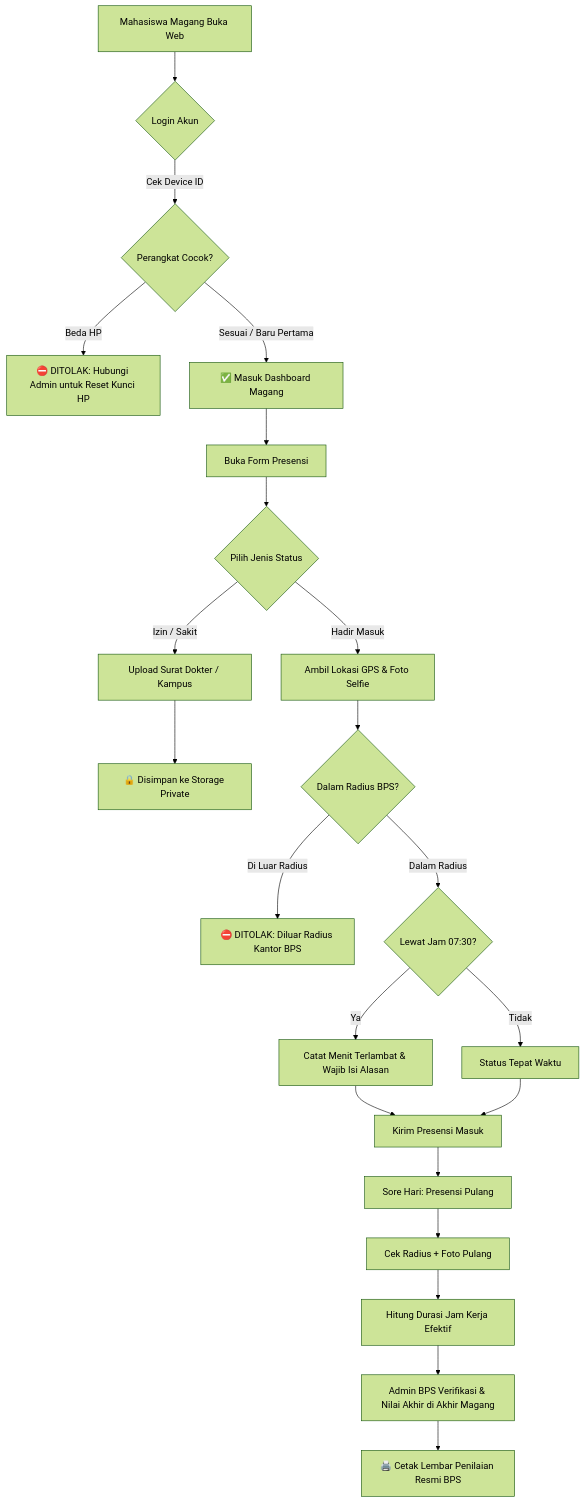
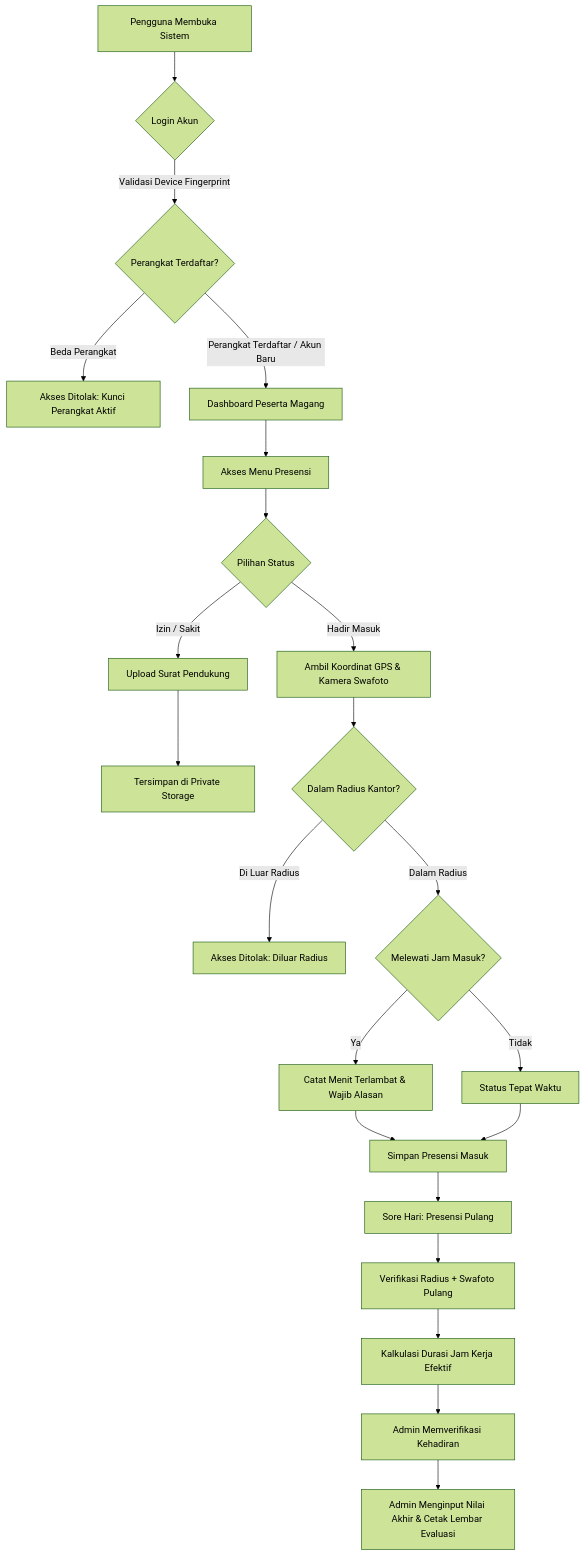
The diagram in README.md (faizarfi/presensi-magang), drawn with Mermaid (forest theme) before and after one commit. The commit also changed other lines of this file, not shown here.

````diff
--- a/README.md
+++ b/README.md
@@ -89,29 +79,29 @@
 ```mermaid
 graph TD
-    A[Mahasiswa Magang Buka Web] --> B{Login Akun}
-    B -->|Cek Device ID| C{Perangkat Cocok?}
-    C -->|Beda HP| D[⛔ DITOLAK: Hubungi Admin untuk Reset Kunci HP]
-    C -->|Sesuai / Baru Pertama| E[✅ Masuk Dashboard Magang]
+    A[Pengguna Membuka Sistem] --> B{Login Akun}
+    B -->|Validasi Device Fingerprint| C{Perangkat Terdaftar?}
+    C -->|Beda Perangkat| D[Akses Ditolak: Kunci Perangkat Aktif]
+    C -->|Perangkat Terdaftar / Akun Baru| E[Dashboard Peserta Magang]
     
-    E --> F[Buka Form Presensi]
-    F --> G{Pilih Jenis Status}
+    E --> F[Akses Menu Presensi]
+    F --> G{Pilihan Status}
     
-    G -->|Izin / Sakit| H[Upload Surat Dokter / Kampus]
-    H --> I[🔒 Disimpan ke Storage Private]
+    G -->|Izin / Sakit| H[Upload Surat Pendukung]
+    H --> I[Tersimpan di Private Storage]
     
-    G -->|Hadir Masuk| J[Ambil Lokasi GPS & Foto Selfie]
-    J --> K{Dalam Radius BPS?}
-    K -->|Di Luar Radius| L[⛔ DITOLAK: Diluar Radius Kantor BPS]
-    K -->|Dalam Radius| M{Lewat Jam 07:30?}
-    M -->|Ya| N[Catat Menit Terlambat & Wajib Isi Alasan]
+    G -->|Hadir Masuk| J[Ambil Koordinat GPS & Kamera Swafoto]
+    J --> K{Dalam Radius Kantor?}
+    K -->|Di Luar Radius| L[Akses Ditolak: Diluar Radius]
+    K -->|Dalam Radius| M{Melewati Jam Masuk?}
+    M -->|Ya| N[Catat Menit Terlambat & Wajib Alasan]
     M -->|Tidak| O[Status Tepat Waktu]
-    N --> P[Kirim Presensi Masuk]
+    N --> P[Simpan Presensi Masuk]
     O --> P
     
     P --> Q[Sore Hari: Presensi Pulang]
-    Q --> R[Cek Radius + Foto Pulang]
-    R --> S[Hitung Durasi Jam Kerja Efektif]
+    Q --> R[Verifikasi Radius + Swafoto Pulang]
+    R --> S[Kalkulasi Durasi Jam Kerja Efektif]
     
-    S --> T[Admin BPS Verifikasi & Nilai Akhir di Akhir Magang]
-    T --> U[🖨️ Cetak Lembar Penilaian Resmi BPS]
+    S --> T[Admin Memverifikasi Kehadiran]
+    T --> U[Admin Menginput Nilai Akhir & Cetak Lembar Evaluasi]
 ```
````
